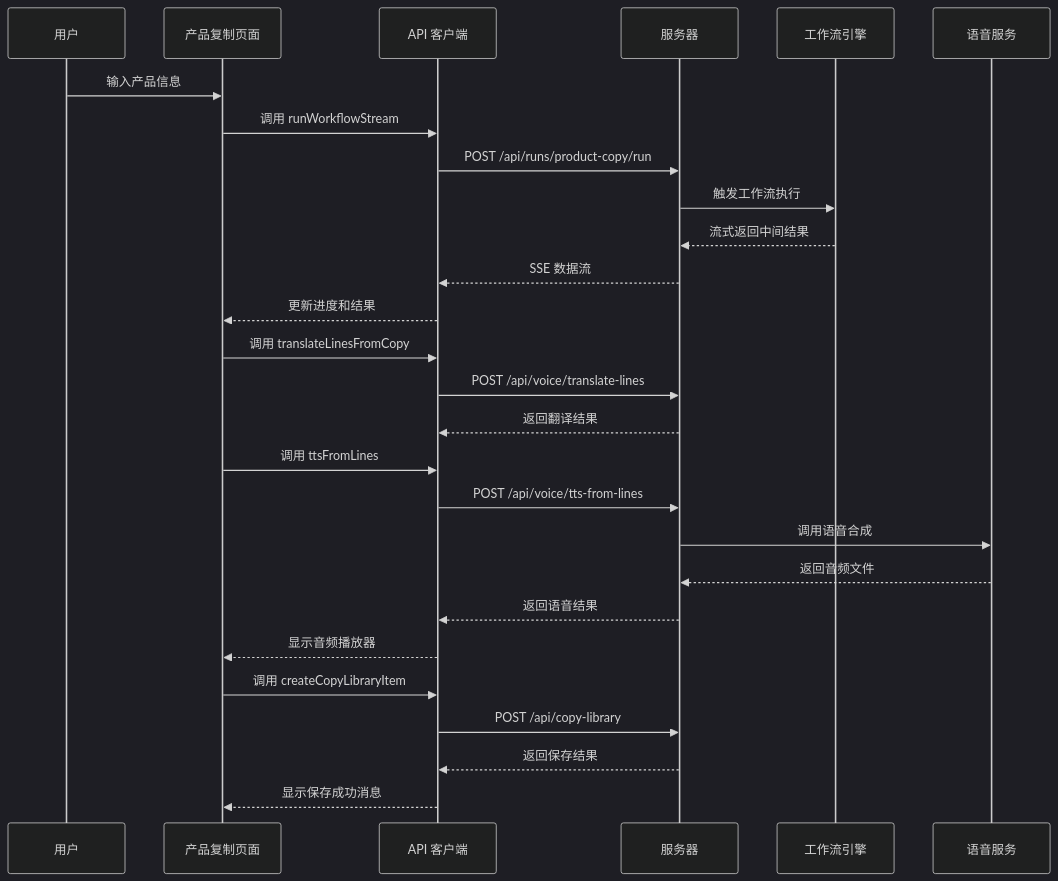
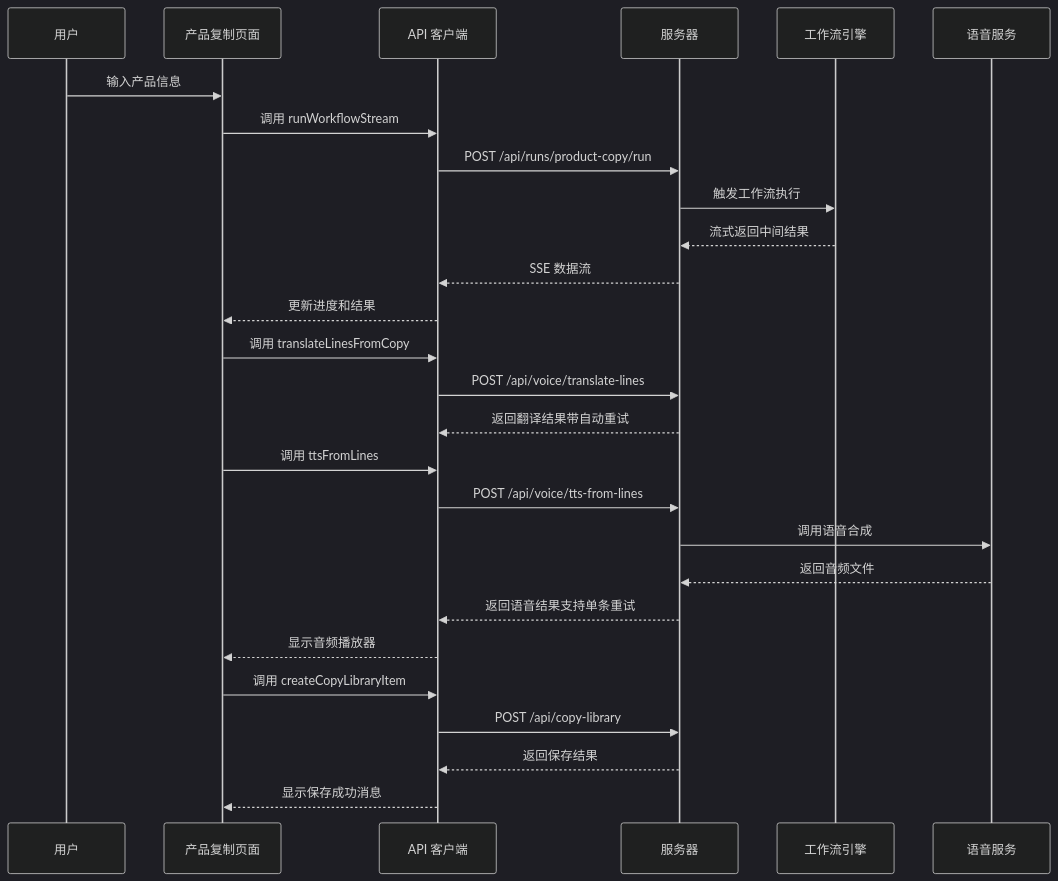
Before and after one commit to hanksd769-droid/sailshub: the fourth of 11 diagrams in .qoder/repowiki/zh/content/Product Copy Page.md, drawn with Mermaid (dark theme). The commit also changed other lines of this file and 4 other files, not shown here.

````diff
--- a/.qoder/repowiki/zh/content/Product Copy Page.md
+++ b/.qoder/repowiki/zh/content/Product Copy Page.md
@@ -203,29 +216,29 @@
 ```mermaid
 sequenceDiagram
 participant U as 用户
 participant P as 产品复制页面
 participant A as API 客户端
 participant S as 服务器
 participant W as 工作流引擎
 participant V as 语音服务
 U->>P : 输入产品信息
 P->>A : 调用 runWorkflowStream
 A->>S : POST /api/runs/product-copy/run
 S->>W : 触发工作流执行
 W-->>S : 流式返回中间结果
 S-->>A : SSE 数据流
 A-->>P : 更新进度和结果
 P->>A : 调用 translateLinesFromCopy
 A->>S : POST /api/voice/translate-lines
-S-->>A : 返回翻译结果
+S-->>A : 返回翻译结果带自动重试
 P->>A : 调用 ttsFromLines
 A->>S : POST /api/voice/tts-from-lines
 S->>V : 调用语音合成
 V-->>S : 返回音频文件
-S-->>A : 返回语音结果
+S-->>A : 返回语音结果支持单条重试
 A-->>P : 显示音频播放器
 P->>A : 调用 createCopyLibraryItem
 A->>S : POST /api/copy-library
 S-->>A : 返回保存结果
 A-->>P : 显示保存成功消息
 ```
````
